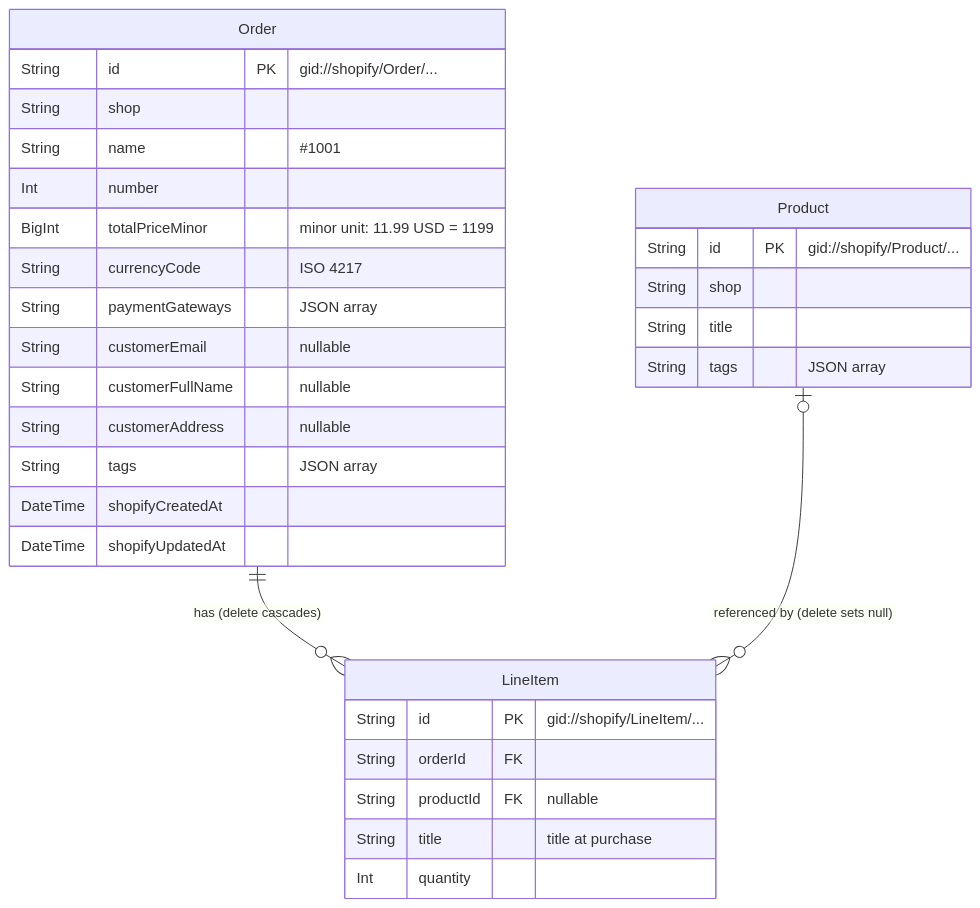
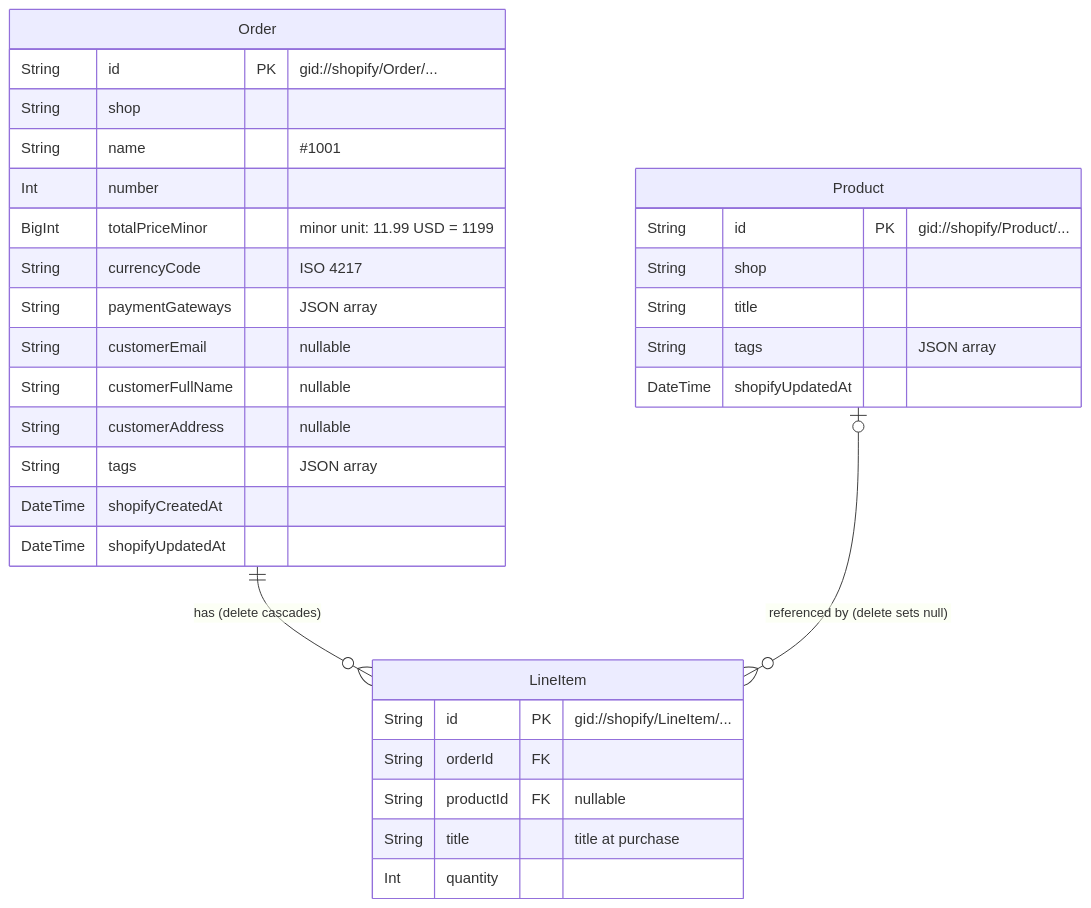
One commit to rukiita/shopify_test changed the diagram in README.md. Above: the diagram before and after it, drawn with Mermaid. The commit also changed other lines of this file, not shown here.

````diff
--- a/README.md
+++ b/README.md
@@ -89,34 +89,35 @@
 ```mermaid
 erDiagram
   Order ||--o{ LineItem : "has (delete cascades)"
   Product |o--o{ LineItem : "referenced by (delete sets null)"
 
   Order {
     String id PK "gid://shopify/Order/..."
     String shop
     String name "#1001"
     Int number
     BigInt totalPriceMinor "minor unit: 11.99 USD = 1199"
     String currencyCode "ISO 4217"
     String paymentGateways "JSON array"
     String customerEmail "nullable"
     String customerFullName "nullable"
     String customerAddress "nullable"
     String tags "JSON array"
     DateTime shopifyCreatedAt
     DateTime shopifyUpdatedAt
   }
   LineItem {
     String id PK "gid://shopify/LineItem/..."
     String orderId FK
     String productId FK "nullable"
     String title "title at purchase"
     Int quantity
   }
   Product {
     String id PK "gid://shopify/Product/..."
     String shop
     String title
     String tags "JSON array"
+    DateTime shopifyUpdatedAt
   }
 ```
````
